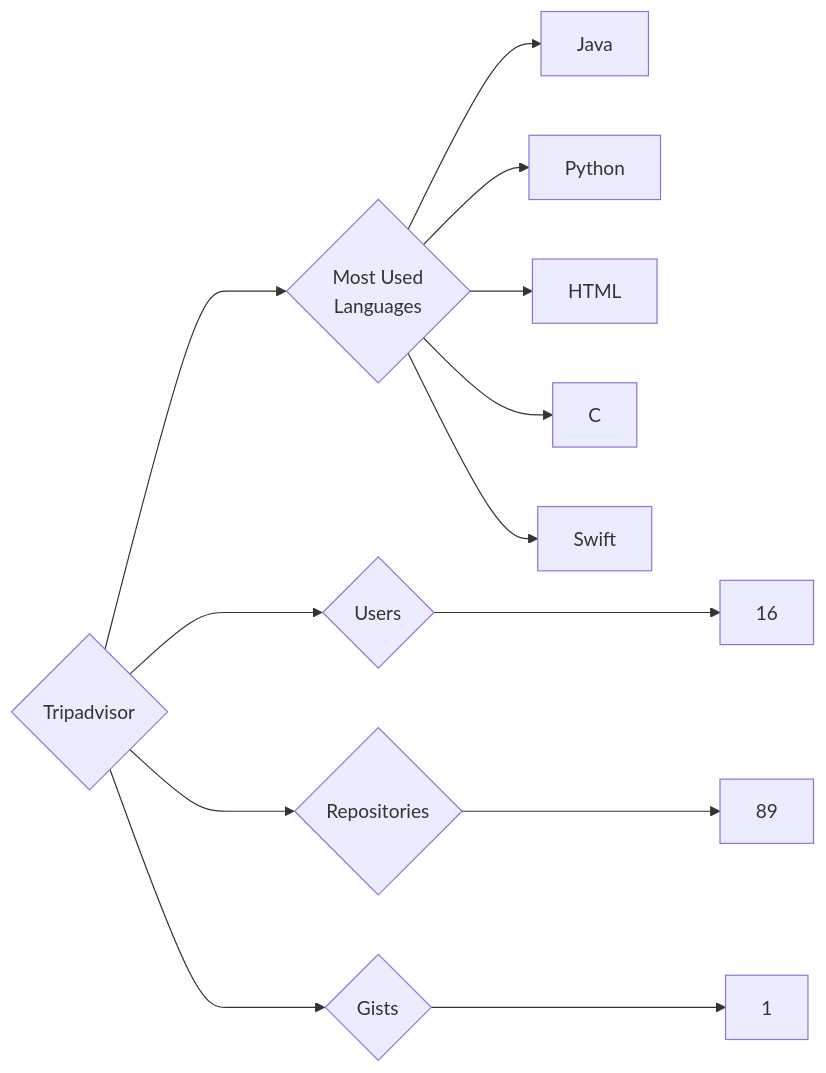
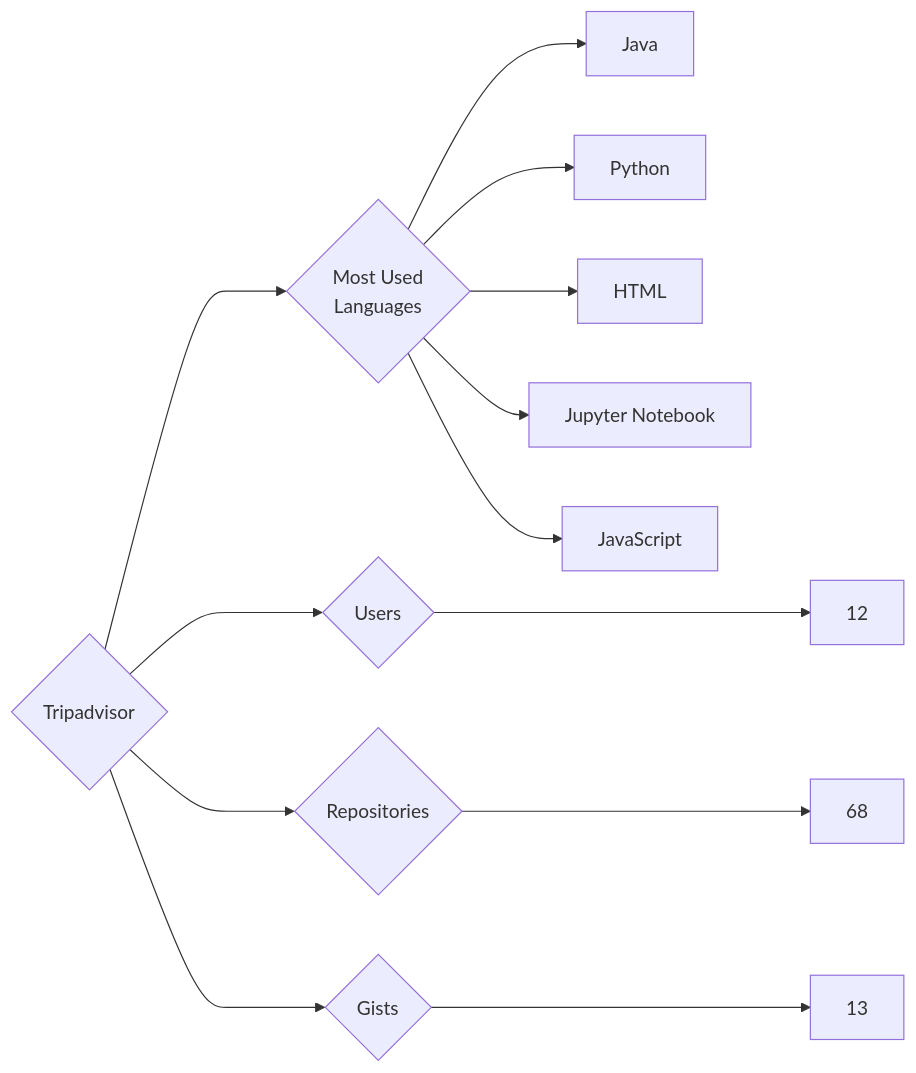
Before and after one commit to trickest/insiders: the diagram in targets/Tripadvisor/README.md, drawn with Mermaid. The commit also changed 953 other files, not shown here.

````diff
--- a/targets/Tripadvisor/README.md
+++ b/targets/Tripadvisor/README.md
@@ -3,13 +3,13 @@
 ```mermaid
 graph LR
 COMPANY_NAME{Tripadvisor}
-COMPANY_NAME ---> U{Users} ---> UN[16]
-COMPANY_NAME ---> R{Repositories} ---> RN[89]
-COMPANY_NAME ---> G{Gists} ---> GN[1]
+COMPANY_NAME ---> U{Users} ---> UN[12]
+COMPANY_NAME ---> R{Repositories} ---> RN[68]
+COMPANY_NAME ---> G{Gists} ---> GN[13]
 COMPANY_NAME ---> ML{Most Used<br>Languages}
 ML --> Java[Java]
 ML --> Python[Python]
 ML --> HTML[HTML]
-ML --> C[C]
-ML --> Swift[Swift]
+ML --> Jupyter_Notebook[Jupyter Notebook]
+ML --> JavaScript[JavaScript]
 ```
````
